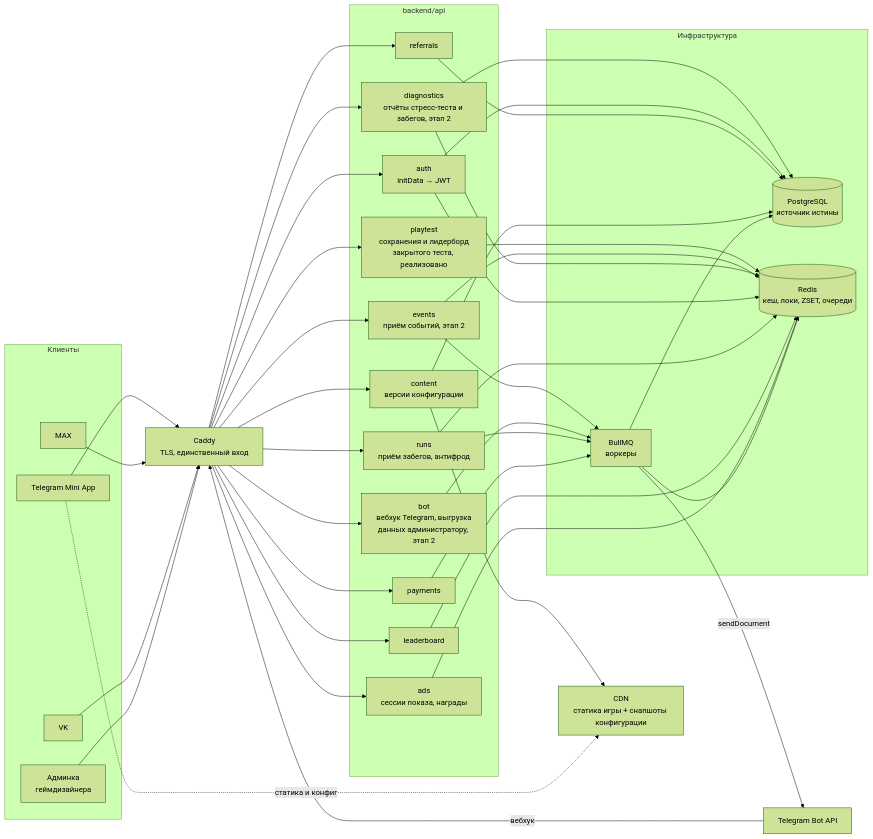
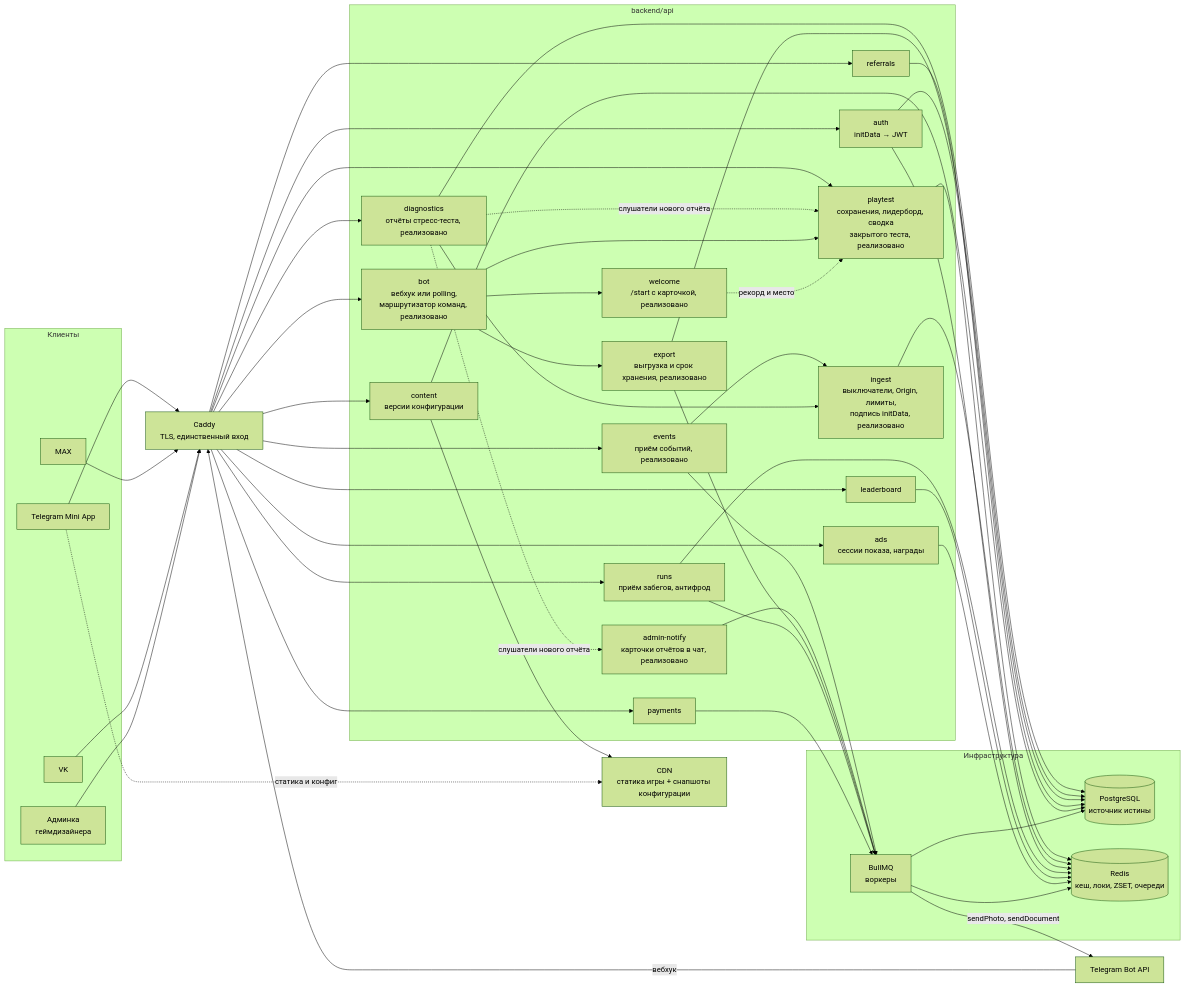
Before and after one commit to JJSGxKD/rubezh: the seventh of 22 diagrams in docs/21-diagrams.md, drawn with Mermaid (forest theme). The commit also changed 2 other files, not shown here.

Commit message:
docs: Обнови схему модулей бэкенда
Приём событий, отчёты, бот, приветствие, уведомления и выгрузка
реализованы — схема показывает их связи как есть. Скиллы больше не
ссылаются на Testcontainers: интеграционные тесты идут на сервисах CI.

```diff
--- a/docs/21-diagrams.md
+++ b/docs/21-diagrams.md
@@ -551,10 +551,14 @@
         ADS["ads<br/>сессии показа, награды"]
         REF["referrals"]
         CONTENT["content<br/>версии конфигурации"]
-        EVENTS["events<br/>приём событий, этап 2"]
-        DIAG["diagnostics<br/>отчёты стресс-теста и забегов, этап 2"]
-        PT["playtest<br/>сохранения и лидерборд<br/>закрытого теста, реализовано"]
-        BOT["bot<br/>вебхук Telegram, выгрузка<br/>данных администратору, этап 2"]
+        INGEST["ingest<br/>выключатели, Origin, лимиты,<br/>подпись initData, реализовано"]
+        EVENTS["events<br/>приём событий, реализовано"]
+        DIAG["diagnostics<br/>отчёты стресс-теста, реализовано"]
+        PT["playtest<br/>сохранения, лидерборд, сводка<br/>закрытого теста, реализовано"]
+        BOT["bot<br/>вебхук или polling,<br/>маршрутизатор команд, реализовано"]
+        WELCOME["welcome<br/>/start с карточкой, реализовано"]
+        NOTIFY["admin-notify<br/>карточки отчётов в чат, реализовано"]
+        EXPORT["export<br/>выгрузка и срок хранения, реализовано"]
     end
 
     TGAPI["Telegram Bot API"]
@@ -584,14 +588,23 @@
     CADDY --> PT
 
     PT --> REDIS
-    EVENTS --> REDIS
+    EVENTS --> INGEST
+    DIAG --> INGEST
+    INGEST --> REDIS
     EVENTS --> QUEUE
-    DIAG --> REDIS
     DIAG --> PG
+    DIAG -. слушатели нового отчёта .-> PT
+    DIAG -. слушатели нового отчёта .-> NOTIFY
+    NOTIFY --> QUEUE
     TGAPI -- вебхук --> CADDY
     CADDY --> BOT
-    BOT --> QUEUE
-    QUEUE -- sendDocument --> TGAPI
+    BOT --> WELCOME
+    BOT --> PT
+    BOT --> EXPORT
+    WELCOME -. рекорд и место .-> PT
+    EXPORT --> QUEUE
+    EXPORT --> PG
+    QUEUE -- sendPhoto, sendDocument --> TGAPI
 
     AUTH --> PG
     AUTH --> REDIS
```
